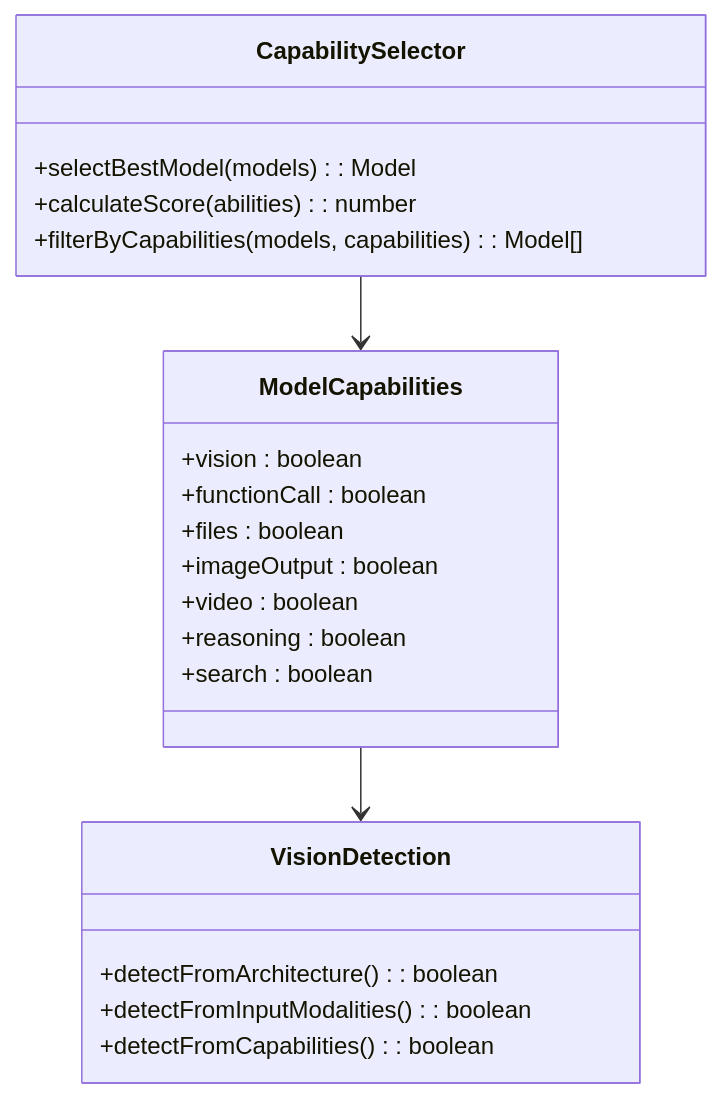
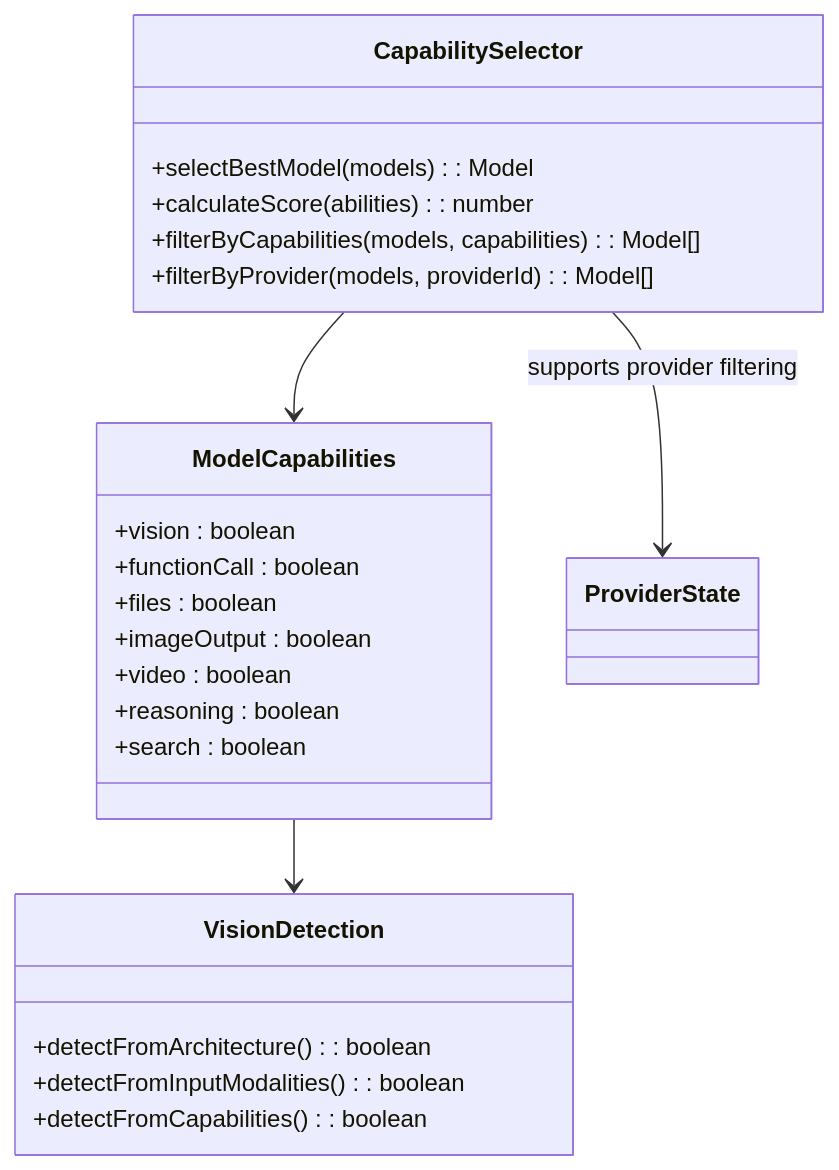
Before and after one commit to AvatoLabs/avato: diagram 11 of 12 in .qoder/repowiki/zh/content/核心功能模块/模型选择器增强.md, drawn with Mermaid. The commit also changed other lines of this file and 23 other files, not shown here.

````diff
--- a/.qoder/repowiki/zh/content/核心功能模块/模型选择器增强.md
+++ b/.qoder/repowiki/zh/content/核心功能模块/模型选择器增强.md
@@ -295,24 +471,26 @@
 ```mermaid
 classDiagram
 class ModelCapabilities {
 +vision : boolean
 +functionCall : boolean
 +files : boolean
 +imageOutput : boolean
 +video : boolean
 +reasoning : boolean
 +search : boolean
 }
 class VisionDetection {
 +detectFromArchitecture() : boolean
 +detectFromInputModalities() : boolean
 +detectFromCapabilities() : boolean
 }
 class CapabilitySelector {
 +selectBestModel(models) : Model
 +calculateScore(abilities) : number
 +filterByCapabilities(models, capabilities) : Model[]
++filterByProvider(models, providerId) : Model[]
 }
 ModelCapabilities --> VisionDetection
 CapabilitySelector --> ModelCapabilities
+CapabilitySelector --> ProviderState : supports provider filtering
 ```
````
